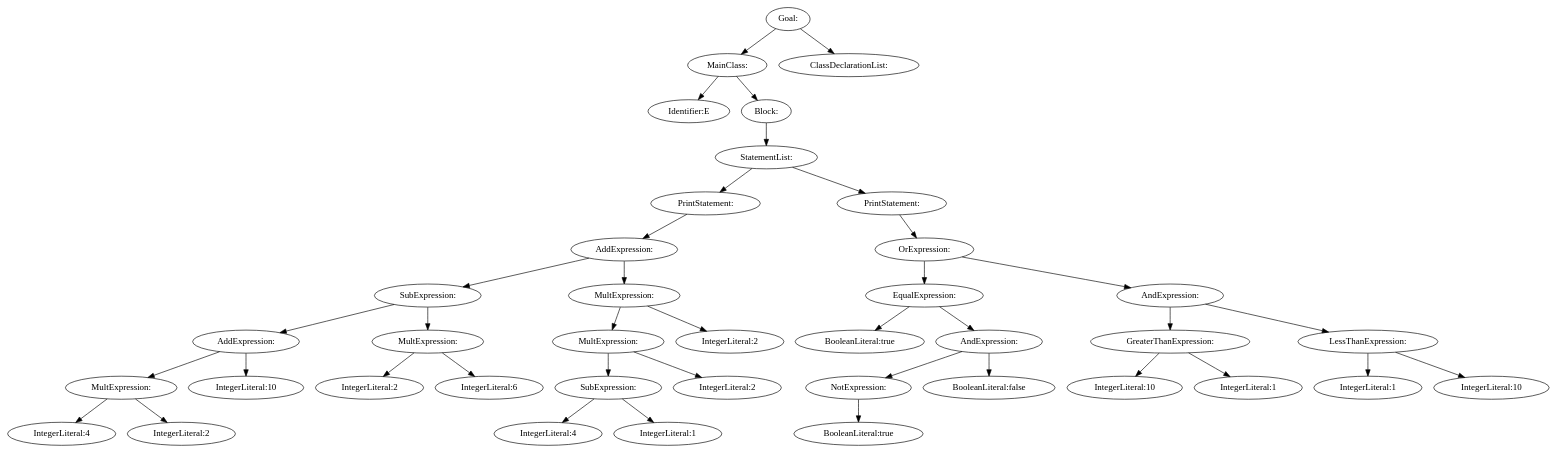
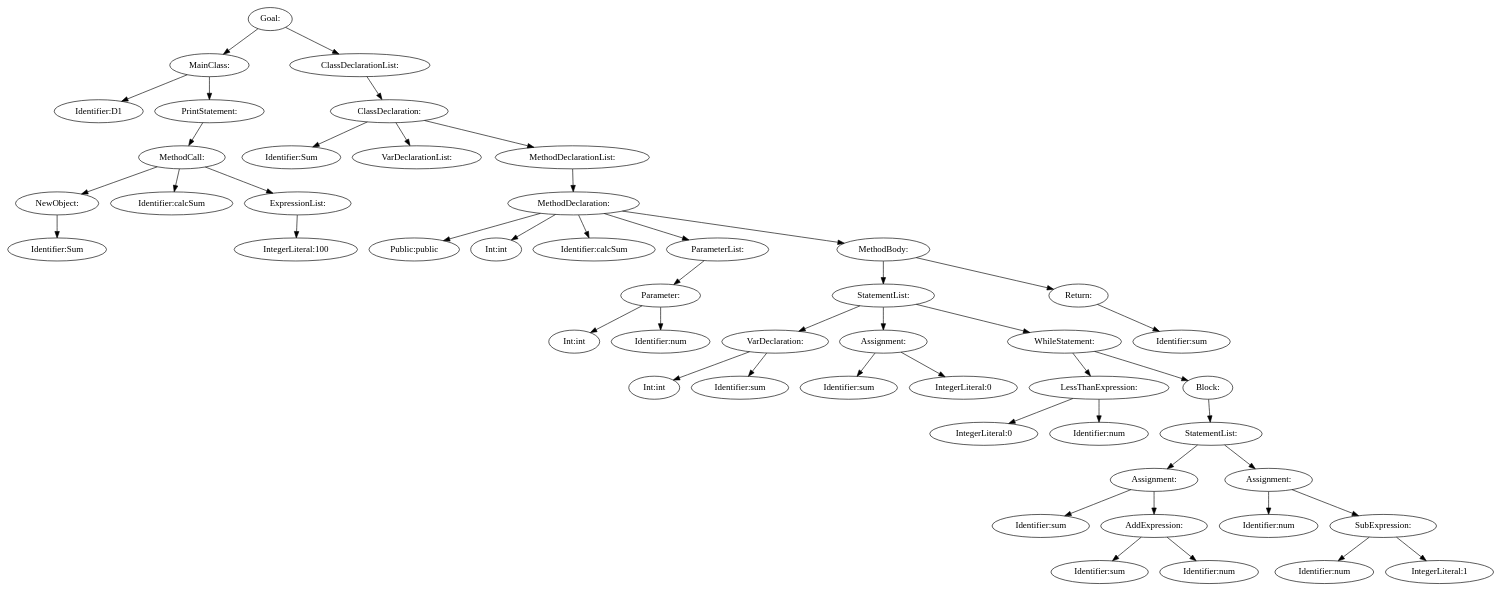
The diagram in tree.dot (Turtlesound/getting_started), drawn with Graphviz before and after one commit. The commit also changed 11 other files, not shown here.

```diff
--- a/tree.dot
+++ b/tree.dot
@@ -1,79 +1,99 @@
 digraph {
 n0 [label="Goal:"];
 n1 [label="MainClass:"];
-n2 [label="Identifier:E"];
+n2 [label="Identifier:D1"];
 n1 -> n2
-n3 [label="Block:"];
-n4 [label="StatementList:"];
-n5 [label="PrintStatement:"];
-n6 [label="AddExpression:"];
-n7 [label="SubExpression:"];
-n8 [label="AddExpression:"];
-n9 [label="MultExpression:"];
-n10 [label="IntegerLiteral:4"];
-n9 -> n10
-n11 [label="IntegerLiteral:2"];
-n9 -> n11
-n8 -> n9
-n12 [label="IntegerLiteral:10"];
-n8 -> n12
-n7 -> n8
-n13 [label="MultExpression:"];
-n14 [label="IntegerLiteral:2"];
-n13 -> n14
-n15 [label="IntegerLiteral:6"];
-n13 -> n15
-n7 -> n13
-n6 -> n7
-n16 [label="MultExpression:"];
-n17 [label="MultExpression:"];
-n18 [label="SubExpression:"];
-n19 [label="IntegerLiteral:4"];
-n18 -> n19
-n20 [label="IntegerLiteral:1"];
-n18 -> n20
-n17 -> n18
-n21 [label="IntegerLiteral:2"];
-n17 -> n21
-n16 -> n17
-n22 [label="IntegerLiteral:2"];
-n16 -> n22
-n6 -> n16
+n3 [label="PrintStatement:"];
+n4 [label="MethodCall:"];
+n5 [label="NewObject:"];
+n6 [label="Identifier:Sum"];
 n5 -> n6
 n4 -> n5
-n23 [label="PrintStatement:"];
-n24 [label="OrExpression:"];
-n25 [label="EqualExpression:"];
-n26 [label="BooleanLiteral:true"];
+n7 [label="Identifier:calcSum"];
+n4 -> n7
+n8 [label="ExpressionList:"];
+n9 [label="IntegerLiteral:100"];
+n8 -> n9
+n4 -> n8
+n3 -> n4
+n1 -> n3
+n0 -> n1
+n10 [label="ClassDeclarationList:"];
+n11 [label="ClassDeclaration:"];
+n12 [label="Identifier:Sum"];
+n11 -> n12
+n13 [label="VarDeclarationList:"];
+n11 -> n13
+n14 [label="MethodDeclarationList:"];
+n15 [label="MethodDeclaration:"];
+n16 [label="Public:public"];
+n15 -> n16
+n17 [label="Int:int"];
+n15 -> n17
+n18 [label="Identifier:calcSum"];
+n15 -> n18
+n19 [label="ParameterList:"];
+n20 [label="Parameter:"];
+n21 [label="Int:int"];
+n20 -> n21
+n22 [label="Identifier:num"];
+n20 -> n22
+n19 -> n20
+n15 -> n19
+n23 [label="MethodBody:"];
+n24 [label="StatementList:"];
+n25 [label="VarDeclaration:"];
+n26 [label="Int:int"];
 n25 -> n26
-n27 [label="AndExpression:"];
-n28 [label="NotExpression:"];
-n29 [label="BooleanLiteral:true"];
-n28 -> n29
-n27 -> n28
-n30 [label="BooleanLiteral:false"];
-n27 -> n30
+n27 [label="Identifier:sum"];
 n25 -> n27
 n24 -> n25
-n31 [label="AndExpression:"];
-n32 [label="GreaterThanExpression:"];
-n33 [label="IntegerLiteral:10"];
+n28 [label="Assignment:"];
+n29 [label="Identifier:sum"];
+n28 -> n29
+n30 [label="IntegerLiteral:0"];
+n28 -> n30
+n24 -> n28
+n31 [label="WhileStatement:"];
+n32 [label="LessThanExpression:"];
+n33 [label="IntegerLiteral:0"];
 n32 -> n33
-n34 [label="IntegerLiteral:1"];
+n34 [label="Identifier:num"];
 n32 -> n34
 n31 -> n32
-n35 [label="LessThanExpression:"];
-n36 [label="IntegerLiteral:1"];
+n35 [label="Block:"];
+n36 [label="StatementList:"];
+n37 [label="Assignment:"];
+n38 [label="Identifier:sum"];
+n37 -> n38
+n39 [label="AddExpression:"];
+n40 [label="Identifier:sum"];
+n39 -> n40
+n41 [label="Identifier:num"];
+n39 -> n41
+n37 -> n39
+n36 -> n37
+n42 [label="Assignment:"];
+n43 [label="Identifier:num"];
+n42 -> n43
+n44 [label="SubExpression:"];
+n45 [label="Identifier:num"];
+n44 -> n45
+n46 [label="IntegerLiteral:1"];
+n44 -> n46
+n42 -> n44
+n36 -> n42
 n35 -> n36
-n37 [label="IntegerLiteral:10"];
-n35 -> n37
 n31 -> n35
 n24 -> n31
 n23 -> n24
-n4 -> n23
-n3 -> n4
-n1 -> n3
-n0 -> n1
-n38 [label="ClassDeclarationList:"];
-n0 -> n38
+n47 [label="Return:"];
+n48 [label="Identifier:sum"];
+n47 -> n48
+n23 -> n47
+n15 -> n23
+n14 -> n15
+n11 -> n14
+n10 -> n11
+n0 -> n10
 }
```
